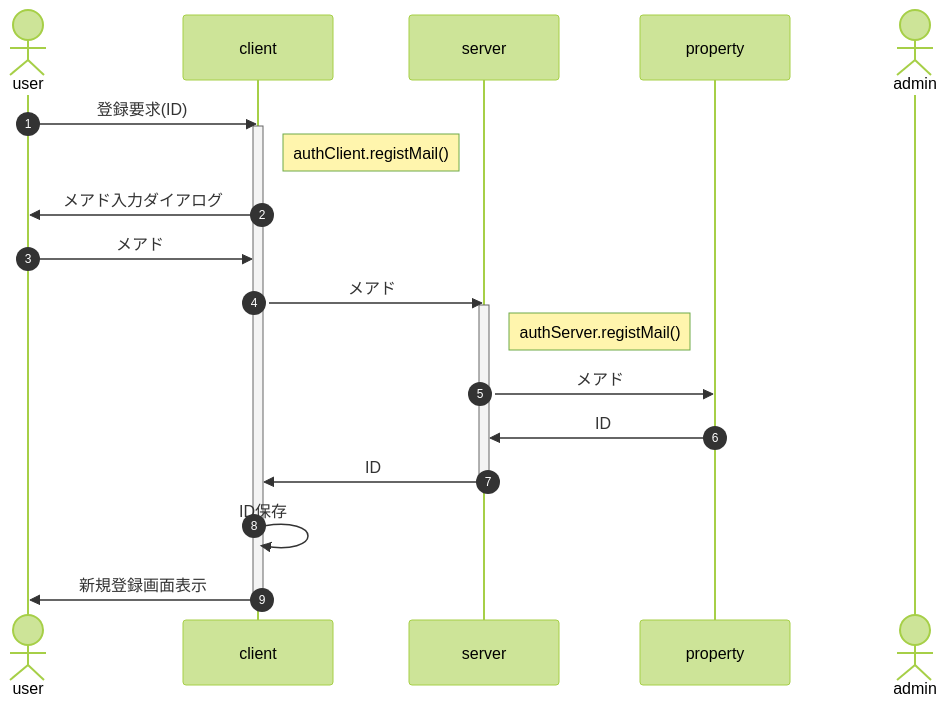
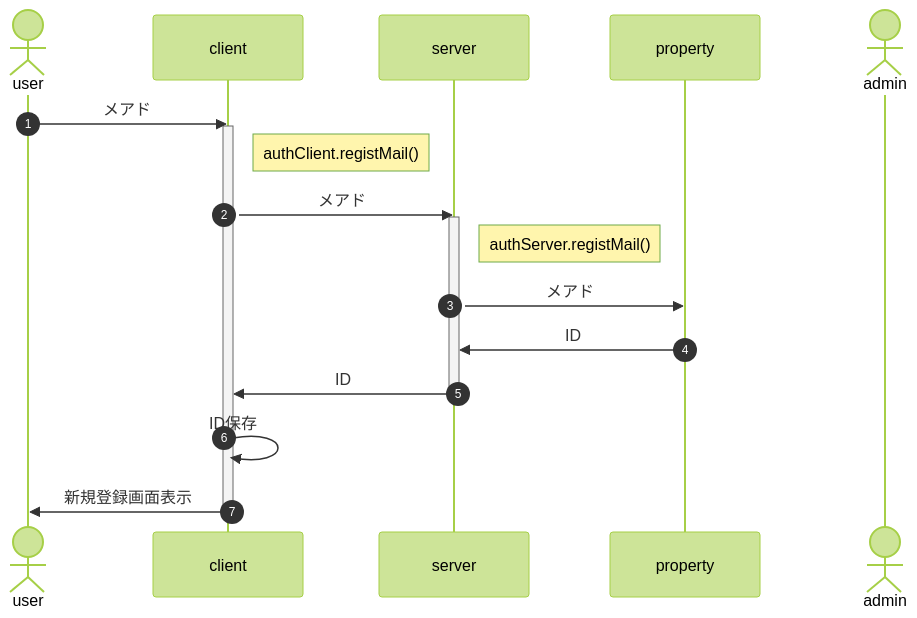
One commit to nakaone/library changed the diagram in Auth/2.0.0/doc/entry.md. Above: the diagram before and after it, drawn with Mermaid (forest theme). The commit also changed other lines of this file and 8 other files, not shown here.

````diff
--- a/Auth/2.0.0/doc/entry.md
+++ b/Auth/2.0.0/doc/entry.md
@@ -5,25 +5,23 @@
 ```mermaid
 sequenceDiagram
   autonumber
   actor user
   participant client
   participant server
   participant property
   actor admin
 
-  user ->> client : 登録要求(ID)
+  user ->> client : メアド
   activate client
   Note right of client : authClient.registMail()
-  client ->> user : メアド入力ダイアログ
-  user ->> client : メアド
   client ->> server : メアド
   activate server
   Note right of server : authServer.registMail()
   server ->> property : メアド
   property ->> server : ID
   server ->> client : ID
   deactivate server
   client ->> client : ID保存
   client ->> user : 新規登録画面表示
   deactivate client
 ```
````
